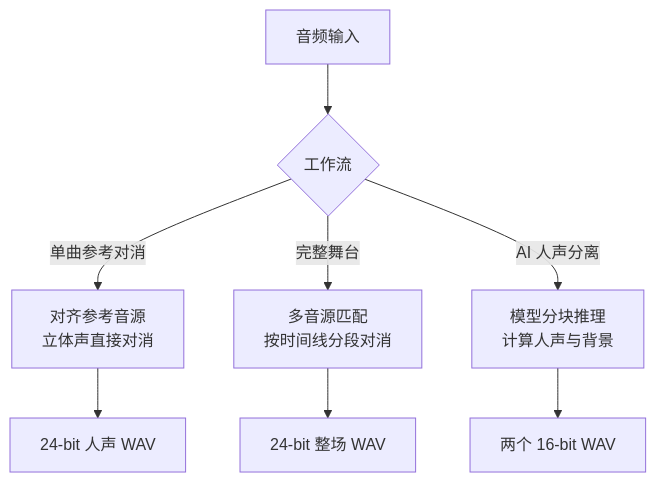
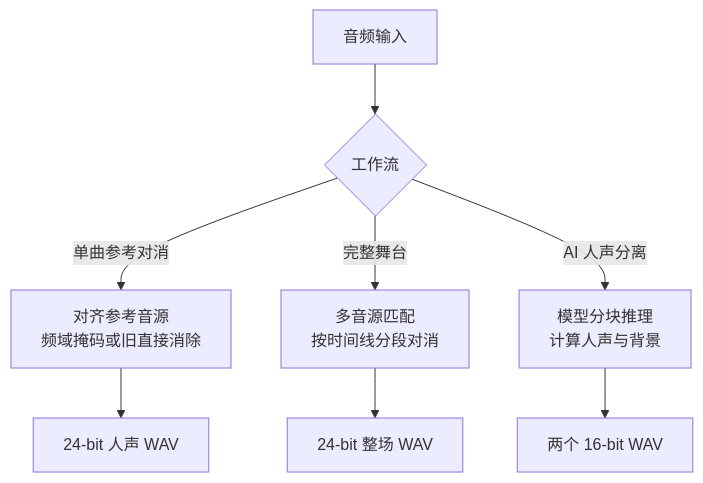
The third of 3 diagrams in docs/architecture.md (ChouChiu/Audio-Station), drawn with Mermaid before and after one commit. The commit also changed 27 other files, not shown here.

````diff
--- a/docs/architecture.md
+++ b/docs/architecture.md
@@ -72,10 +72,10 @@
 ```mermaid
 flowchart TB
     input["音频输入"] --> choice{"工作流"}
-    choice -->|单曲参考对消| mr["对齐参考音源<br/>立体声直接对消"]
+    choice -->|单曲参考对消| mr["对齐参考音源<br/>频域掩码或旧直接消除"]
     choice -->|完整舞台| stage["多音源匹配<br/>按时间线分段对消"]
     choice -->|AI 人声分离| ai["模型分块推理<br/>计算人声与背景"]
     mr --> mrout["24-bit 人声 WAV"]
     stage --> stageout["24-bit 整场 WAV"]
     ai --> aiout["两个 16-bit WAV"]
 ```
````
